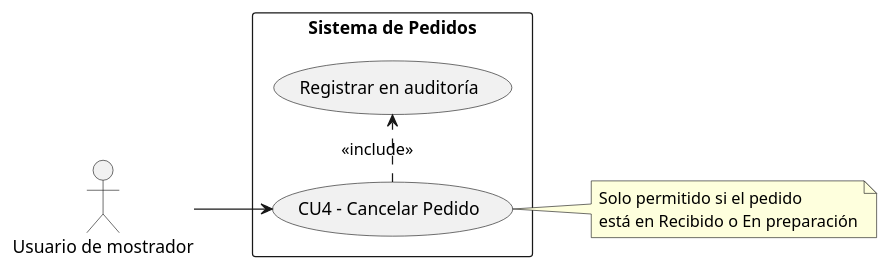
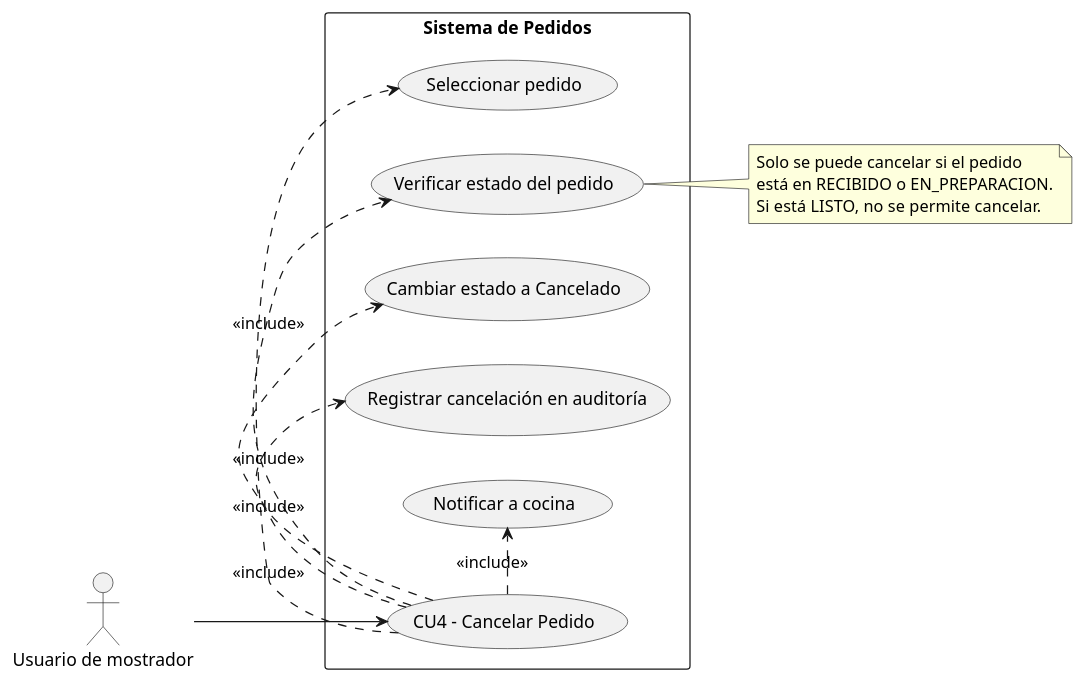
Before and after one commit to santimarM/SistemaPedidos: the diagram in diagramas/02-casos-de-uso/02-caso-uso-cancelar-pedido-04.puml, drawn with PlantUML. The commit also changed 9 other files, not shown here.

Commit message:
fix: resuelve RC2 (UTF-8 en PNG) y RC3 (diagramas de casos de uso mejorados)

```diff
--- a/diagramas/02-casos-de-uso/02-caso-uso-cancelar-pedido-04.puml
+++ b/diagramas/02-casos-de-uso/02-caso-uso-cancelar-pedido-04.puml
@@ -1,18 +1,28 @@
 @startuml
 left to right direction
 skinparam packageStyle rectangle
 
 actor "Usuario de mostrador" as Usuario
 
 rectangle "Sistema de Pedidos" {
   usecase "CU4 - Cancelar Pedido" as UC4
-  usecase "Registrar en auditoría" as UC4a
+  usecase "Seleccionar pedido" as UC4a
+  usecase "Verificar estado del pedido" as UC4b
+  usecase "Cambiar estado a Cancelado" as UC4c
+  usecase "Registrar cancelación en auditoría" as UC4d
+  usecase "Notificar a cocina" as UC4e
 }
 
 Usuario --> UC4
 UC4 .> UC4a : <<include>>
-note right of UC4
-  Solo permitido si el pedido
-  está en Recibido o En preparación
+UC4 .> UC4b : <<include>>
+UC4 .> UC4c : <<include>>
+UC4 .> UC4d : <<include>>
+UC4 .> UC4e : <<include>>
+
+note right of UC4b
+  Solo se puede cancelar si el pedido
+  está en RECIBIDO o EN_PREPARACION.
+  Si está LISTO, no se permite cancelar.
 end note
 @enduml
```
